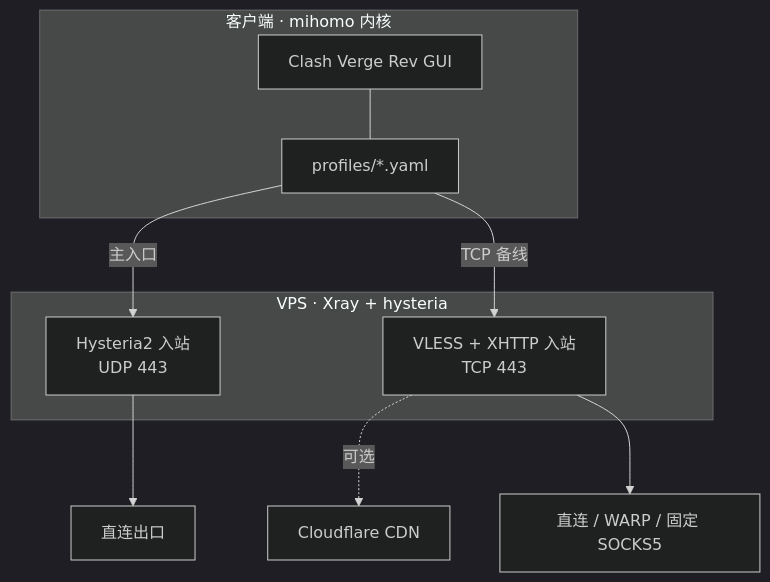
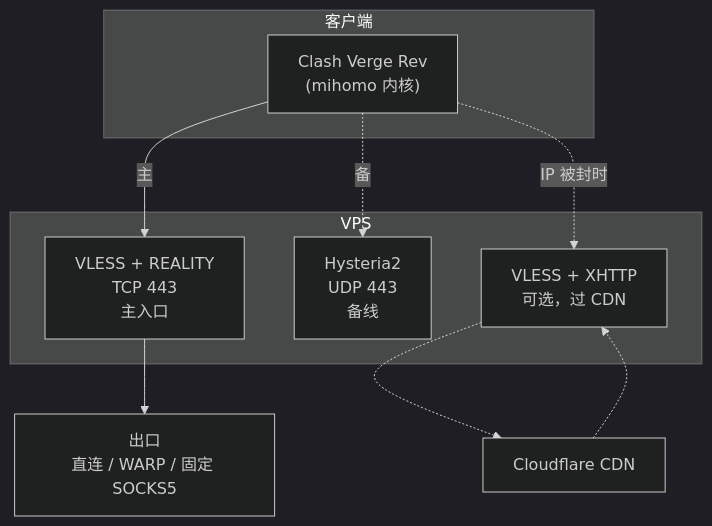
The second of 5 diagrams in README.md (DamienZCollins/Personal-Proxy), drawn with Mermaid (dark theme) before and after one commit. The commit also changed other lines of this file and 8 other files, not shown here.

````diff
--- a/README.md
+++ b/README.md
@@ -28,19 +141,21 @@
 ```mermaid
 flowchart TB
-    subgraph Client["客户端 · mihomo 内核"]
-        G[Clash Verge Rev GUI]
-        Y[profiles/*.yaml]
-        G --- Y
+    subgraph Client["客户端"]
+        G["Clash Verge Rev<br/>(mihomo 内核)"]
     end
 
-    subgraph Server["VPS · Xray + hysteria"]
-        H["Hysteria2 入站<br/>UDP 443"]
-        X["VLESS + XHTTP 入站<br/>TCP 443"]
+    subgraph Server["VPS"]
+        R["VLESS + REALITY<br/>TCP 443<br/>主入口"]
+        H["Hysteria2<br/>UDP 443<br/>备线"]
+        X["VLESS + XHTTP<br/>可选，过 CDN"]
     end
 
-    Y -->|主入口| H
-    Y -->|TCP 备线| X
-    X -.可选.-> CDN["Cloudflare CDN"]
-    H --> E1[直连出口]
-    X --> E2[直连 / WARP / 固定 SOCKS5]
+    G -->|主| R
+    G -.->|备| H
+    G -.->|IP 被封时| X
+
+    X -.-> CDN["Cloudflare CDN"]
+    CDN -.-> X
+
+    R --> E["出口<br/>直连 / WARP / 固定 SOCKS5"]
 ```
````
